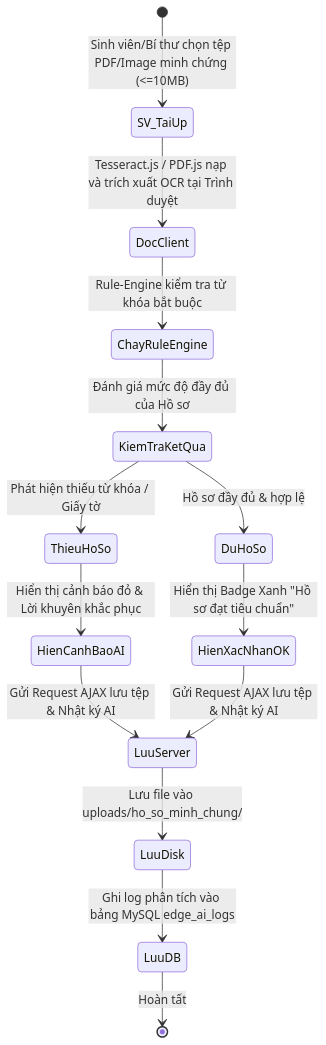
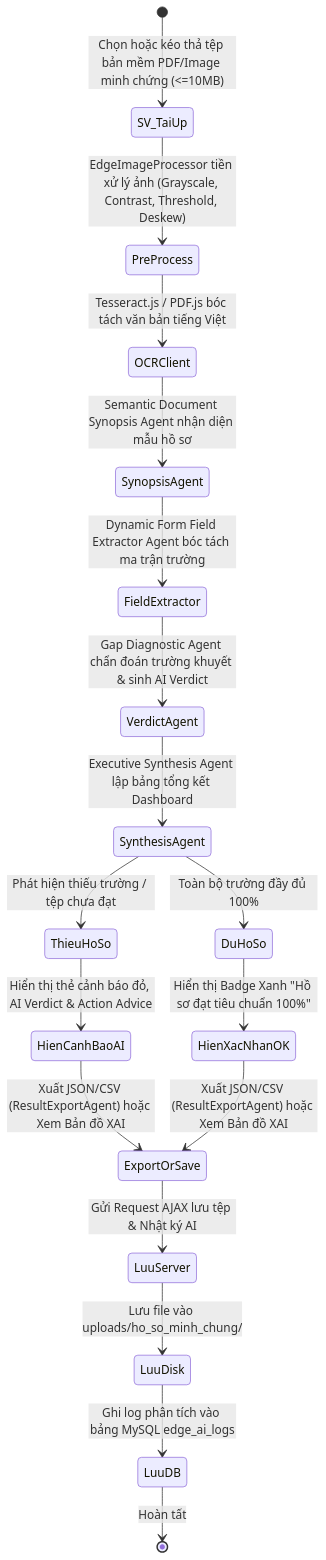
One commit to Datdajt03/QLQTUT-Dang changed the fourth of 10 diagrams in chitiet.md. Above: the diagram before and after it, drawn with Mermaid. The commit also changed other lines of this file and 59 other files, not shown here.

````diff
--- a/chitiet.md
+++ b/chitiet.md
@@ -439,21 +461,25 @@
 ```mermaid
 stateDiagram-v2
-    [*] --> SV_TaiUp : Sinh viên/Bí thư chọn tệp PDF/Image minh chứng (<=10MB)
-    SV_TaiUp --> DocClient : Tesseract.js / PDF.js nạp và trích xuất OCR tại Trình duyệt
-    DocClient --> ChayRuleEngine : Rule-Engine kiểm tra từ khóa bắt buộc
-    ChayRuleEngine --> KiemTraKetQua : Đánh giá mức độ đầy đủ của Hồ sơ
+    [*] --> SV_TaiUp : Chọn hoặc kéo thả tệp bản mềm PDF/Image minh chứng (<=10MB)
+    SV_TaiUp --> PreProcess : EdgeImageProcessor tiền xử lý ảnh (Grayscale, Contrast, Threshold, Deskew)
+    PreProcess --> OCRClient : Tesseract.js / PDF.js bóc tách văn bản tiếng Việt
+    OCRClient --> SynopsisAgent : Semantic Document Synopsis Agent nhận diện mẫu hồ sơ
+    SynopsisAgent --> FieldExtractor : Dynamic Form Field Extractor Agent bóc tách ma trận trường
+    FieldExtractor --> VerdictAgent : Gap Diagnostic Agent chẩn đoán trường khuyết & sinh AI Verdict
+    VerdictAgent --> SynthesisAgent : Executive Synthesis Agent lập bảng tổng kết Dashboard
 
-    state KiemTraKetQua <<choice>>
-    KiemTraKetQua --> ThieuHoSo : Phát hiện thiếu từ khóa / Giấy tờ
-    KiemTraKetQua --> DuHoSo : Hồ sơ đầy đủ & hợp lệ
+    state SynthesisAgent <<choice>>
+    SynthesisAgent --> ThieuHoSo : Phát hiện thiếu trường / tệp chưa đạt
+    SynthesisAgent --> DuHoSo : Toàn bộ trường đầy đủ 100%
 
-    ThieuHoSo --> HienCanhBaoAI : Hiển thị cảnh báo đỏ & Lời khuyên khắc phục
-    DuHoSo --> HienXacNhanOK : Hiển thị Badge Xanh "Hồ sơ đạt tiêu chuẩn"
+    ThieuHoSo --> HienCanhBaoAI : Hiển thị thẻ cảnh báo đỏ, AI Verdict & Action Advice
+    DuHoSo --> HienXacNhanOK : Hiển thị Badge Xanh "Hồ sơ đạt tiêu chuẩn 100%"
 
-    HienCanhBaoAI --> LuuServer : Gửi Request AJAX lưu tệp & Nhật ký AI
-    HienXacNhanOK --> LuuServer : Gửi Request AJAX lưu tệp & Nhật ký AI
+    HienCanhBaoAI --> ExportOrSave : Xuất JSON/CSV (ResultExportAgent) hoặc Xem Bản đồ XAI
+    HienXacNhanOK --> ExportOrSave : Xuất JSON/CSV (ResultExportAgent) hoặc Xem Bản đồ XAI
 
+    ExportOrSave --> LuuServer : Gửi Request AJAX lưu tệp & Nhật ký AI
     LuuServer --> LuuDisk : Lưu file vào uploads/ho_so_minh_chung/
     LuuDisk --> LuuDB : Ghi log phân tích vào bảng MySQL edge_ai_logs
     LuuDB --> [*] : Hoàn tất
 ```
````
